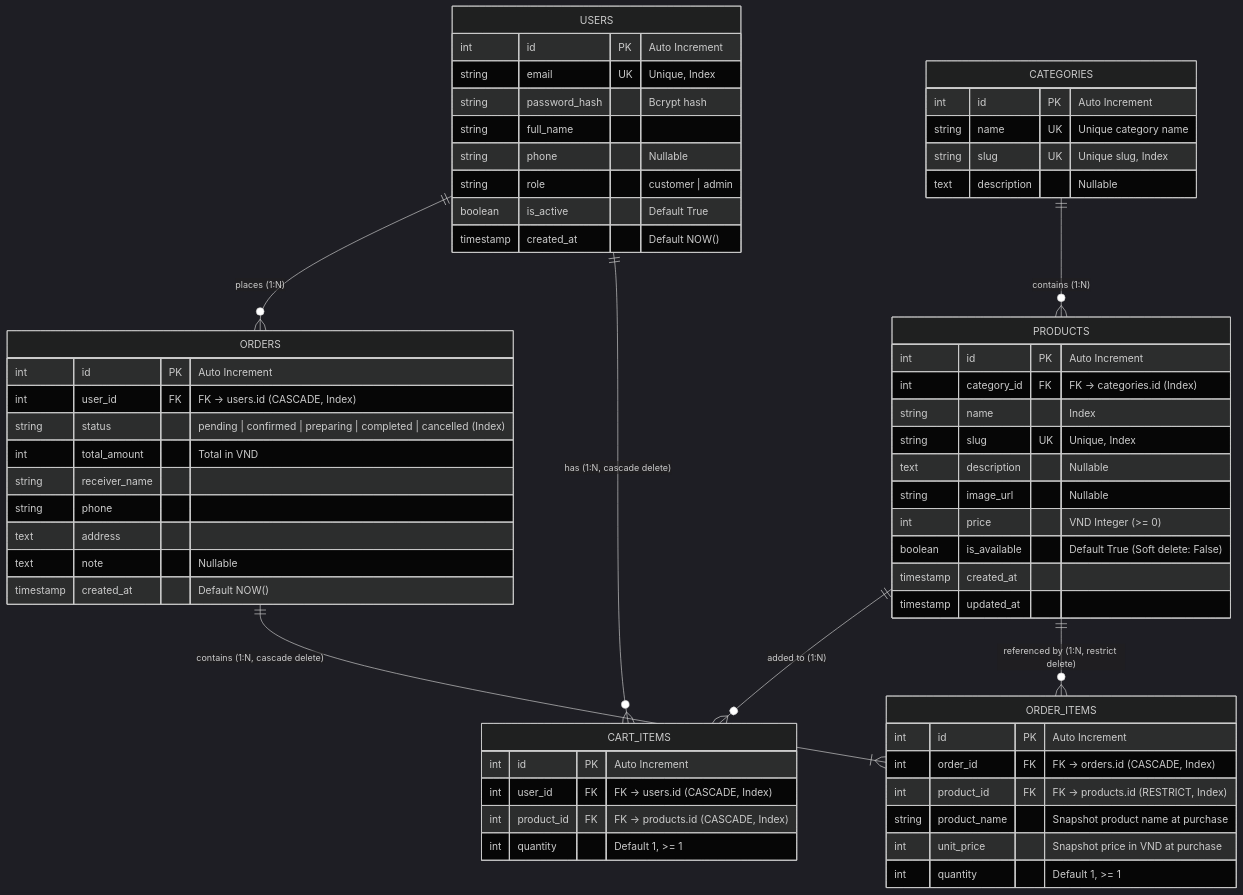
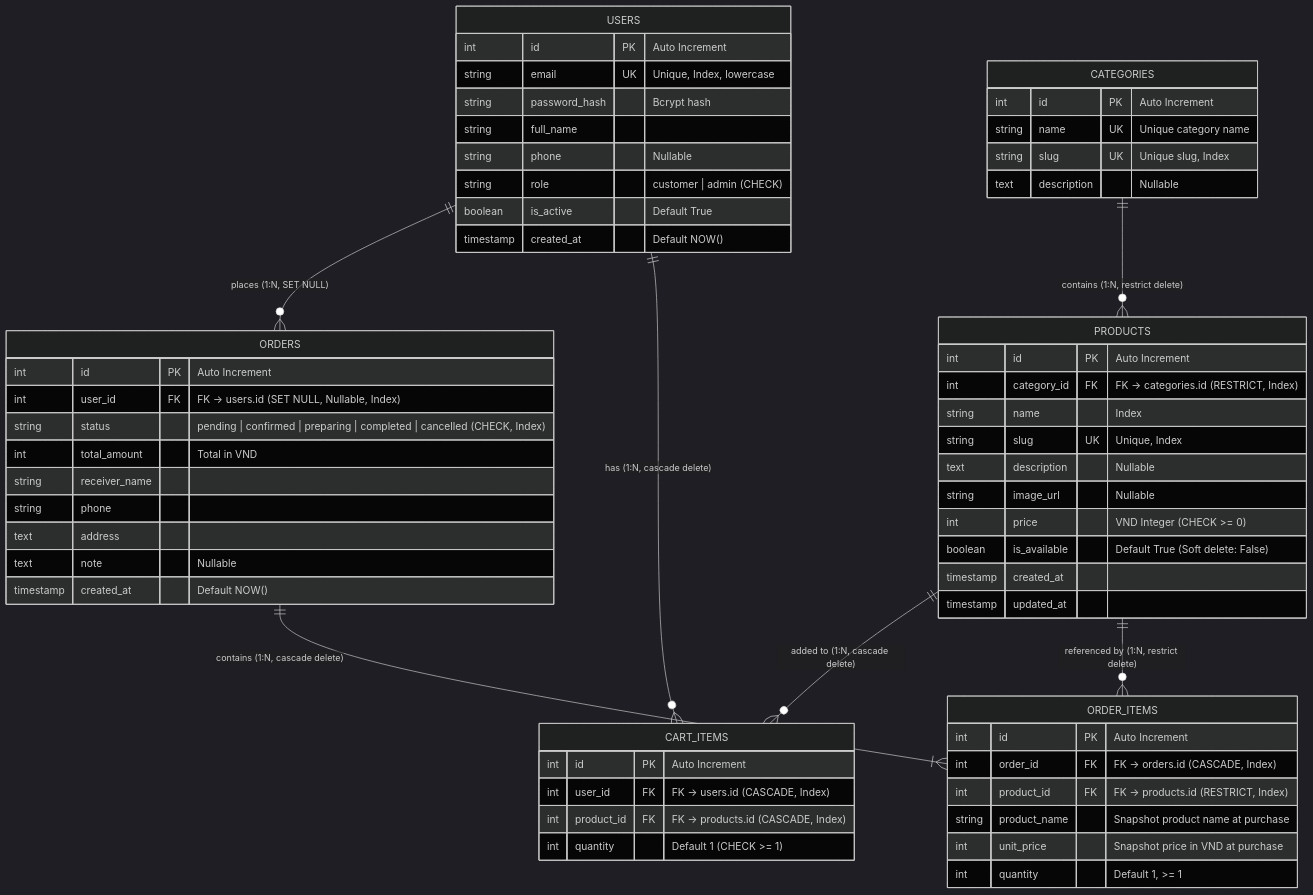
The diagram in docs/erd.md (Tad1232005/highland-coffee), drawn with Mermaid (dark theme) before and after one commit. The commit also changed other lines of this file and 5 other files, not shown here.

First line of the commit message:
docs: sync ERD, architecture and READMEs with the new schema and API

````diff
--- a/docs/erd.md
+++ b/docs/erd.md
@@ -9,68 +11,68 @@
 ```mermaid
 erDiagram
-    USERS ||--o{ ORDERS : "places (1:N)"
+    USERS ||--o{ ORDERS : "places (1:N, SET NULL)"
     USERS ||--o{ CART_ITEMS : "has (1:N, cascade delete)"
-    CATEGORIES ||--o{ PRODUCTS : "contains (1:N)"
-    PRODUCTS ||--o{ CART_ITEMS : "added to (1:N)"
+    CATEGORIES ||--o{ PRODUCTS : "contains (1:N, restrict delete)"
+    PRODUCTS ||--o{ CART_ITEMS : "added to (1:N, cascade delete)"
     PRODUCTS ||--o{ ORDER_ITEMS : "referenced by (1:N, restrict delete)"
     ORDERS ||--|{ ORDER_ITEMS : "contains (1:N, cascade delete)"
 
     USERS {
         int id PK "Auto Increment"
-        string email UK "Unique, Index"
+        string email UK "Unique, Index, lowercase"
         string password_hash "Bcrypt hash"
         string full_name
         string phone "Nullable"
-        string role "customer | admin"
+        string role "customer | admin (CHECK)"
         boolean is_active "Default True"
         timestamp created_at "Default NOW()"
     }
 
     CATEGORIES {
         int id PK "Auto Increment"
         string name UK "Unique category name"
         string slug UK "Unique slug, Index"
         text description "Nullable"
     }
 
     PRODUCTS {
         int id PK "Auto Increment"
-        int category_id FK "FK -> categories.id (Index)"
+        int category_id FK "FK -> categories.id (RESTRICT, Index)"
         string name "Index"
         string slug UK "Unique, Index"
         text description "Nullable"
         string image_url "Nullable"
-        int price "VND Integer (>= 0)"
+        int price "VND Integer (CHECK >= 0)"
         boolean is_available "Default True (Soft delete: False)"
         timestamp created_at
         timestamp updated_at
     }
 
     CART_ITEMS {
         int id PK "Auto Increment"
         int user_id FK "FK -> users.id (CASCADE, Index)"
         int product_id FK "FK -> products.id (CASCADE, Index)"
-        int quantity "Default 1, >= 1"
+        int quantity "Default 1 (CHECK >= 1)"
     }
 
     ORDERS {
         int id PK "Auto Increment"
-        int user_id FK "FK -> users.id (CASCADE, Index)"
-        string status "pending | confirmed | preparing | completed | cancelled (Index)"
+        int user_id FK "FK -> users.id (SET NULL, Nullable, Index)"
+        string status "pending | confirmed | preparing | completed | cancelled (CHECK, Index)"
         int total_amount "Total in VND"
         string receiver_name
         string phone
         text address
         text note "Nullable"
         timestamp created_at "Default NOW()"
     }
 
     ORDER_ITEMS {
         int id PK "Auto Increment"
         int order_id FK "FK -> orders.id (CASCADE, Index)"
         int product_id FK "FK -> products.id (RESTRICT, Index)"
         string product_name "Snapshot product name at purchase"
         int unit_price "Snapshot price in VND at purchase"
         int quantity "Default 1, >= 1"
     }
 ```
````
